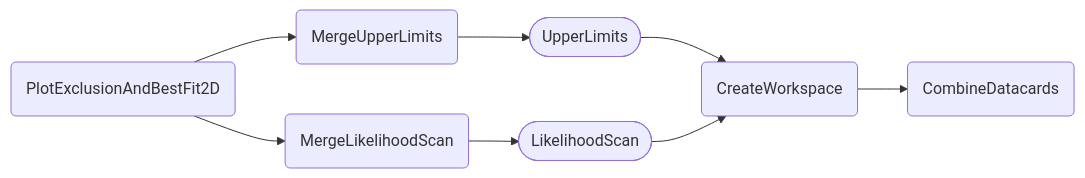
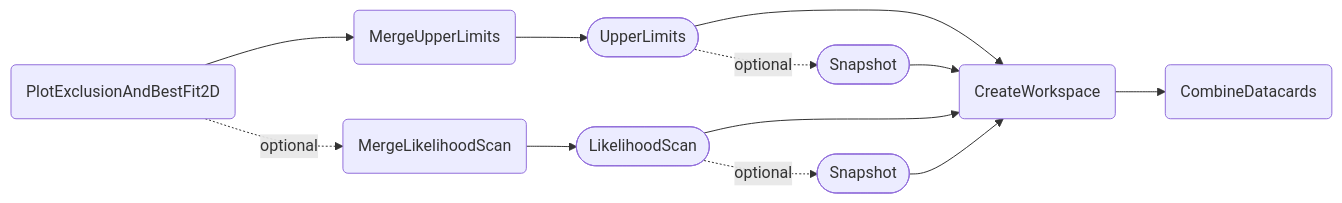
The second of 2 diagrams in docs/content/tasks/exclusion.md (cms-hh/inference_tools), drawn with Mermaid before and after one commit. The commit also changed other lines of this file and 9 other files, not shown here.

````diff
--- a/docs/content/tasks/exclusion.md
+++ b/docs/content/tasks/exclusion.md
@@ -146,10 +147,14 @@
 ```mermaid
 graph LR;
     A(PlotExclusionAndBestFit2D) --> B(MergeUpperLimits);
-    A(PlotExclusionAndBestFit2D) --> C(MergeLikelihoodScan);
+    A -. optional .-> C(MergeLikelihoodScan);
     B --> D([UpperLimits]);
     D --> F(CreateWorkspace);
     F --> G(CombineDatacards);
     C --> E([LikelihoodScan]);
     E --> F;
+    D -. optional .-> H([Snapshot]);
+    E -. optional .-> I([Snapshot]);
+    H --> F;
+    I --> F;
 ```
````
